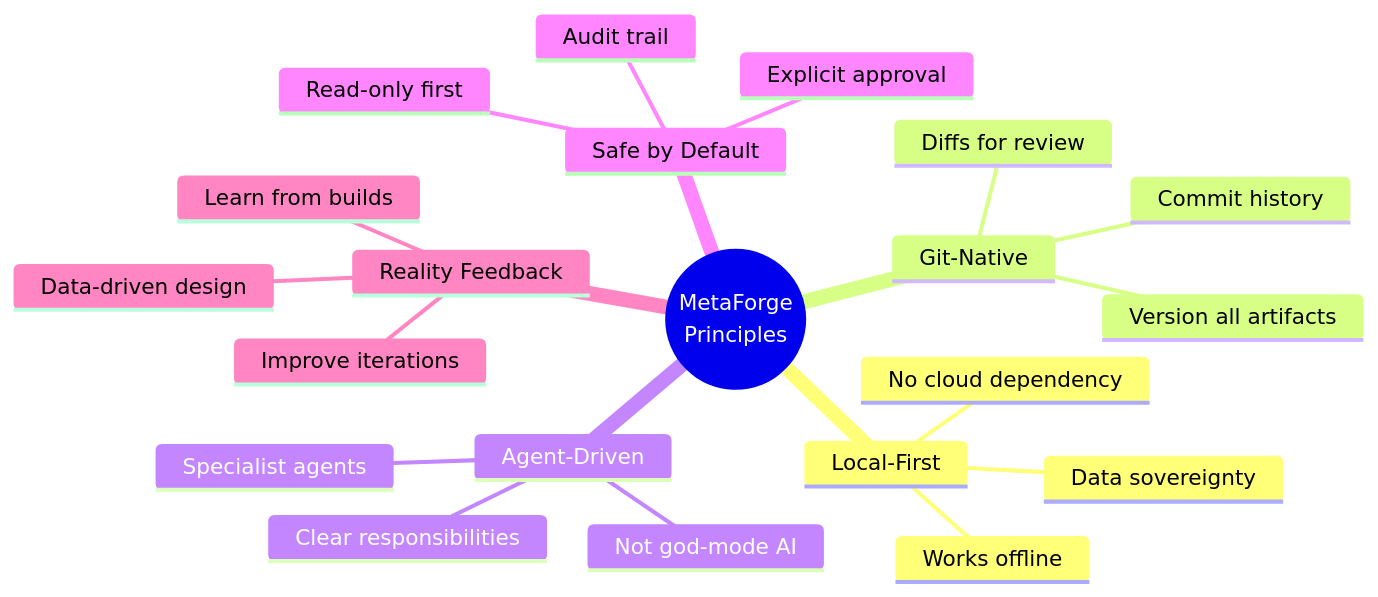
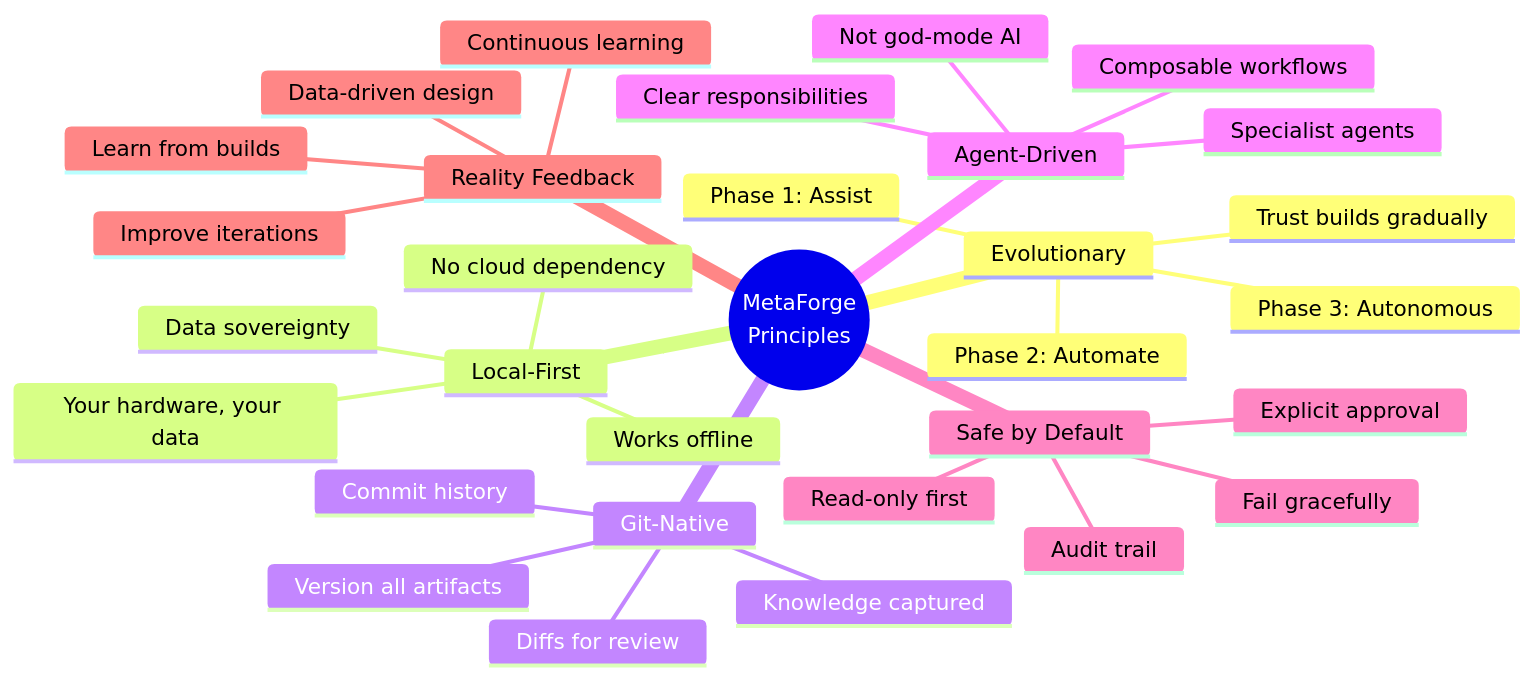
One commit to FidelOdok/MetaForge-Planner changed diagram 21 of 22 in docs/index.md. Above: the diagram before and after it, drawn with Mermaid. The commit also changed other lines of this file and 2 other files, not shown here.

First line of the commit message:
docs: update MetaForge documentation to reflect new platform vision and address hardware development challenges

````diff
--- a/docs/index.md
+++ b/docs/index.md
@@ -335,24 +1120,34 @@
 ```mermaid
 mindmap
     root((MetaForge<br/>Principles))
+        Evolutionary
+            Phase 1: Assist
+            Phase 2: Automate
+            Phase 3: Autonomous
+            Trust builds gradually
         Local-First
             No cloud dependency
             Works offline
             Data sovereignty
+            Your hardware, your data
         Git-Native
             Version all artifacts
             Diffs for review
             Commit history
+            Knowledge captured
         Agent-Driven
             Specialist agents
             Not god-mode AI
             Clear responsibilities
+            Composable workflows
         Safe by Default
             Read-only first
             Explicit approval
             Audit trail
+            Fail gracefully
         Reality Feedback
             Learn from builds
             Improve iterations
             Data-driven design
+            Continuous learning
 ```
````
